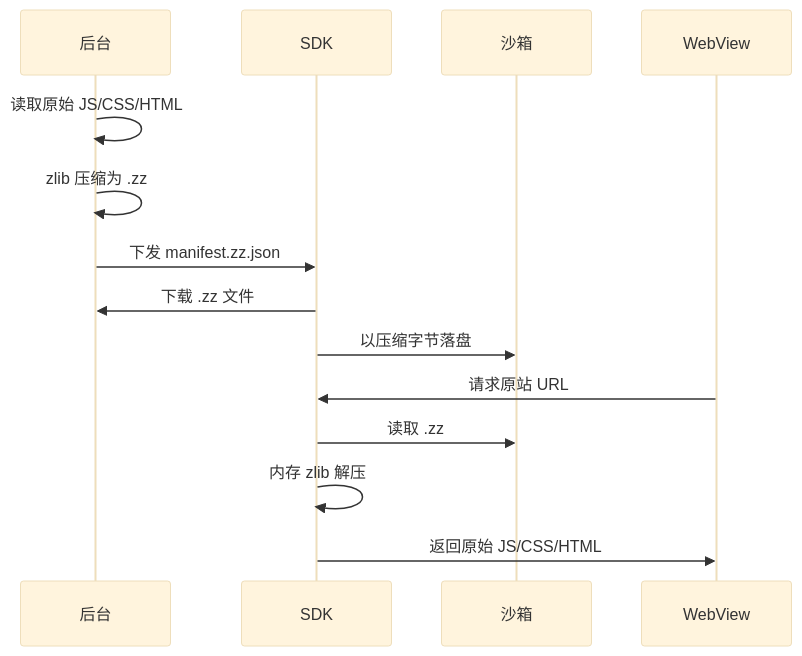
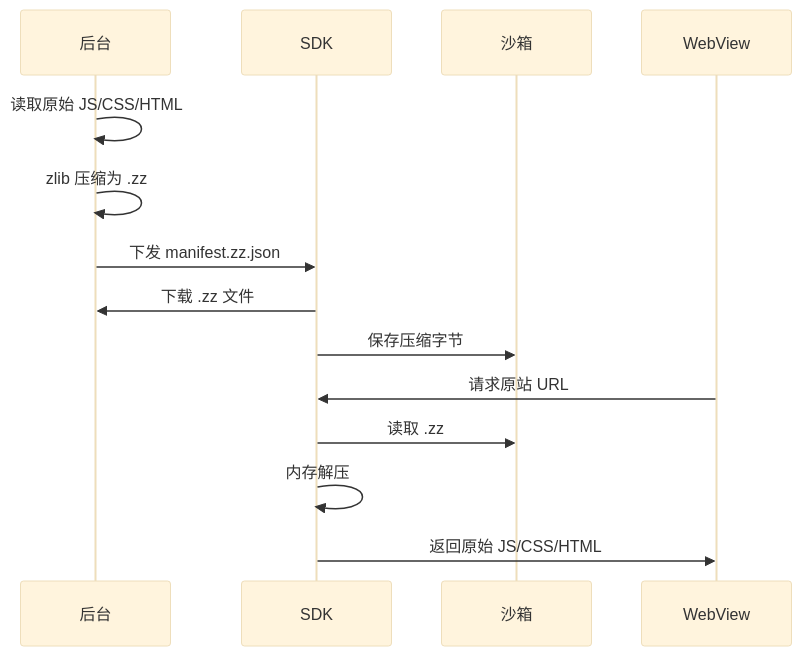
Before and after one commit to XiGuaShuai/harm-youhua: the third of 5 diagrams in OFFLINE_BUNDLE_ARCHITECTURE.md, drawn with Mermaid (base theme). The commit also changed other lines of this file and 15 other files, not shown here.

````diff
--- a/OFFLINE_BUNDLE_ARCHITECTURE.md
+++ b/OFFLINE_BUNDLE_ARCHITECTURE.md
@@ -103,17 +67,17 @@
 ```mermaid
 sequenceDiagram
   participant Admin as 后台
   participant SDK as SDK
   participant Disk as 沙箱
   participant WebView as WebView
 
   Admin->>Admin: 读取原始 JS/CSS/HTML
   Admin->>Admin: zlib 压缩为 .zz
   Admin->>SDK: 下发 manifest.zz.json
   SDK->>Admin: 下载 .zz 文件
-  SDK->>Disk: 以压缩字节落盘
+  SDK->>Disk: 保存压缩字节
   WebView->>SDK: 请求原站 URL
   SDK->>Disk: 读取 .zz
-  SDK->>SDK: 内存 zlib 解压
+  SDK->>SDK: 内存解压
   SDK->>WebView: 返回原始 JS/CSS/HTML
 ```
````
